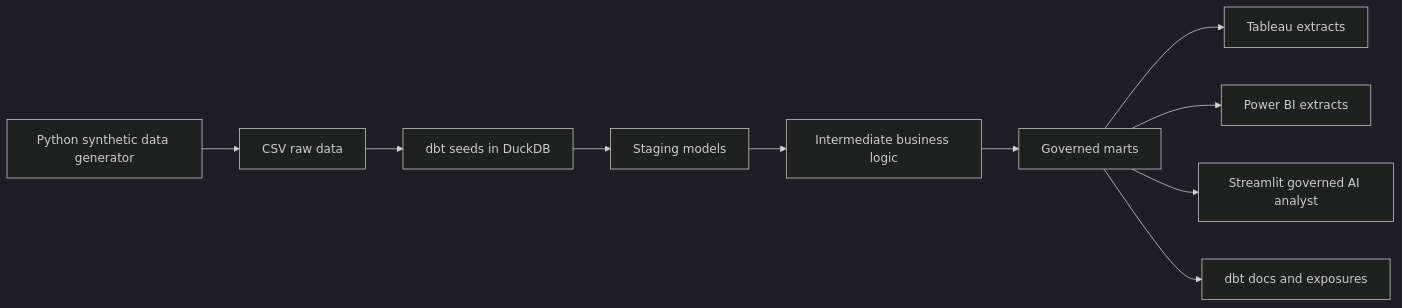
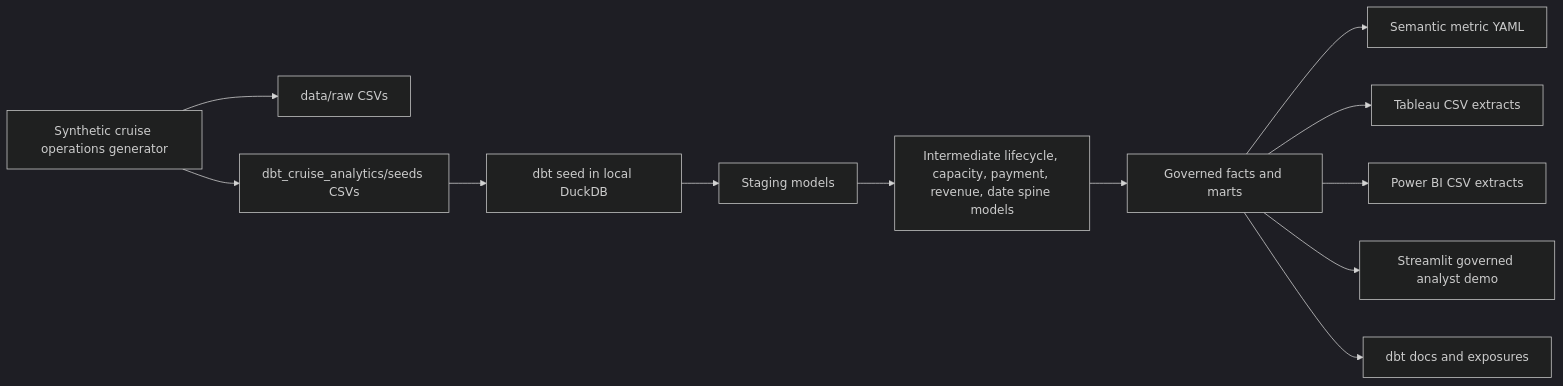
One commit to bobaoxu2001/Cruise-Revenue-Occupancy-Analytics-Platform changed the first of 2 diagrams in docs/architecture.md. Above: the diagram before and after it, drawn with Mermaid (dark theme). The commit also changed other lines of this file and 23 other files, not shown here.

````diff
--- a/docs/architecture.md
+++ b/docs/architecture.md
@@ -3,12 +3,14 @@
 ```mermaid
 flowchart LR
-    A[Python synthetic data generator] --> B[CSV raw data]
-    B --> C[dbt seeds in DuckDB]
-    C --> D[Staging models]
-    D --> E[Intermediate business logic]
-    E --> F[Governed marts]
-    F --> G[Tableau extracts]
-    F --> H[Power BI extracts]
-    F --> I[Streamlit governed AI analyst]
-    F --> J[dbt docs and exposures]
+    A["Synthetic cruise operations generator"] --> B["data/raw CSVs"]
+    A --> C["dbt_cruise_analytics/seeds CSVs"]
+    C --> D["dbt seed in local DuckDB"]
+    D --> E["Staging models"]
+    E --> F["Intermediate lifecycle, capacity, payment, revenue, date spine models"]
+    F --> G["Governed facts and marts"]
+    G --> H["Semantic metric YAML"]
+    G --> I["Tableau CSV extracts"]
+    G --> J["Power BI CSV extracts"]
+    G --> K["Streamlit governed analyst demo"]
+    G --> L["dbt docs and exposures"]
 ```
````
